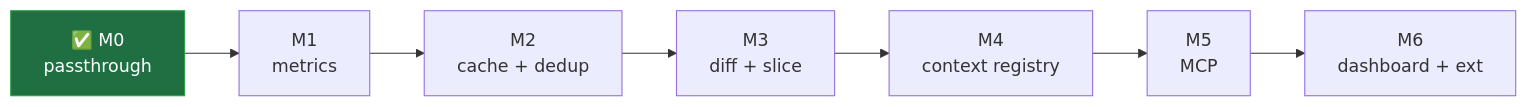
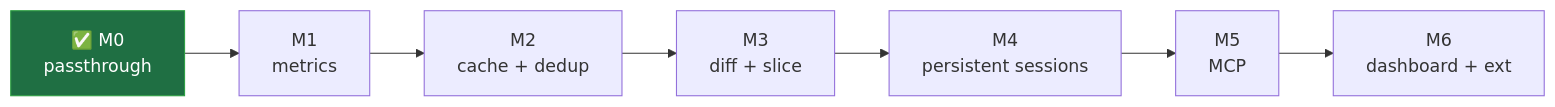
One commit to aliarsalan177/throttle.ai changed the sixth of 6 diagrams in README.md. Above: the diagram before and after it, drawn with Mermaid. The commit also changed other lines of this file and 33 other files, not shown here.

````diff
--- a/README.md
+++ b/README.md
@@ -178,5 +220,5 @@
 ```mermaid
 flowchart LR
-    M0["✅ M0<br/>passthrough"] --> M1["M1<br/>metrics"] --> M2["M2<br/>cache + dedup"] --> M3["M3<br/>diff + slice"] --> M4["M4<br/>context registry"] --> M5["M5<br/>MCP"] --> M6["M6<br/>dashboard + ext"]
+    M0["✅ M0<br/>passthrough"] --> M1["M1<br/>metrics"] --> M2["M2<br/>cache + dedup"] --> M3["M3<br/>diff + slice"] --> M4["M4<br/>persistent sessions"] --> M5["M5<br/>MCP"] --> M6["M6<br/>dashboard + ext"]
     style M0 fill:#1f6f43,stroke:#2ea043,color:#fff
 ```
````
